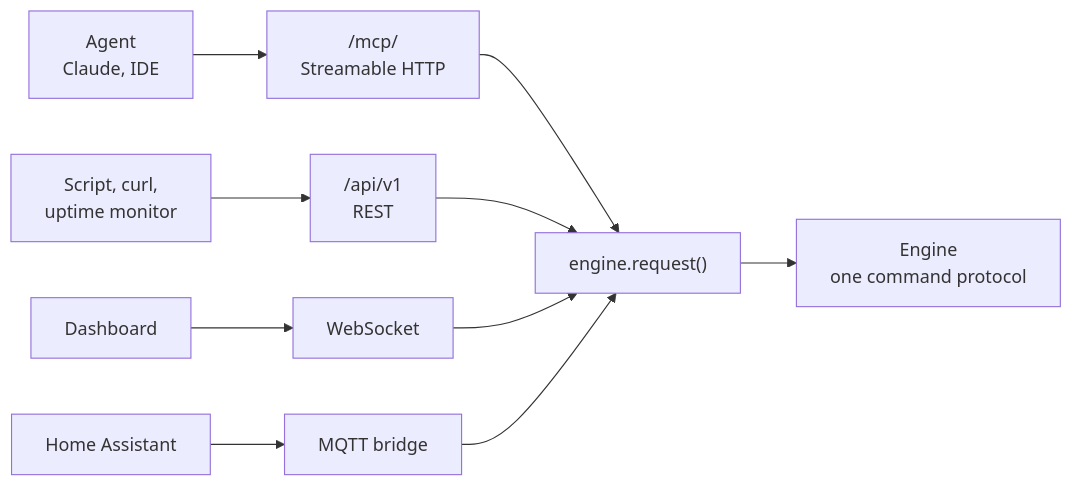
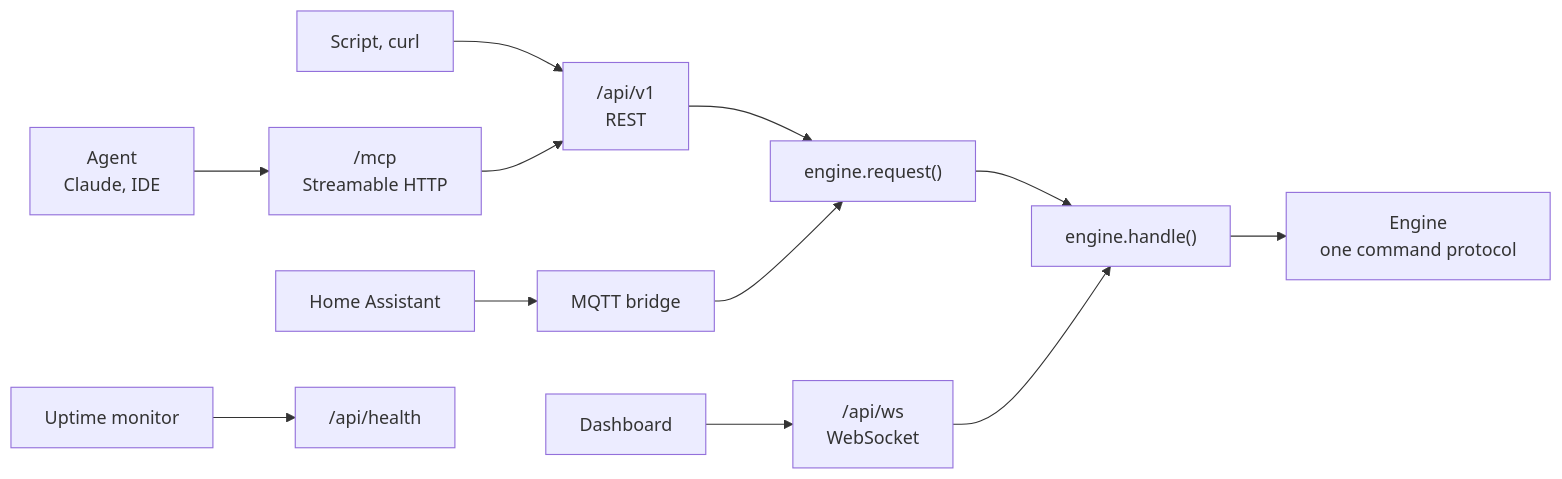
Before and after one commit to oliverbravery/PrintGuard: the diagram in docs/api.md, drawn with Mermaid. The commit also changed other lines of this file, not shown here.

Commit message:
Say what the API answers now: the status codes, waits, bodies, MQTT topics and what a read leaves out

````diff
--- a/docs/api.md
+++ b/docs/api.md
@@ -23,13 +23,15 @@
 ```mermaid
 flowchart LR
-    agent["Agent<br/>Claude, IDE"] --> mcp["/mcp/<br/>Streamable HTTP"]
-    script["Script, curl,<br/>uptime monitor"] --> rest["/api/v1<br/>REST"]
-    ui["Dashboard"] --> ws["WebSocket"]
+    agent["Agent<br/>Claude, IDE"] --> mcp["/mcp<br/>Streamable HTTP"]
+    script["Script, curl"] --> rest["/api/v1<br/>REST"]
     ha["Home Assistant"] --> mqtt["MQTT bridge"]
+    ui["Dashboard"] --> ws["/api/ws<br/>WebSocket"]
+    probe["Uptime monitor"] --> health["/api/health"]
 
-    mcp --> req["engine.request()"]
-    rest --> req
-    ws --> req
+    mcp --> rest
+    rest --> req["engine.request()"]
     mqtt --> req
-    req --> engine["Engine<br/>one command protocol"]
+    req --> handle["engine.handle()"]
+    ws --> handle
+    handle --> engine["Engine<br/>one command protocol"]
 ```
````
